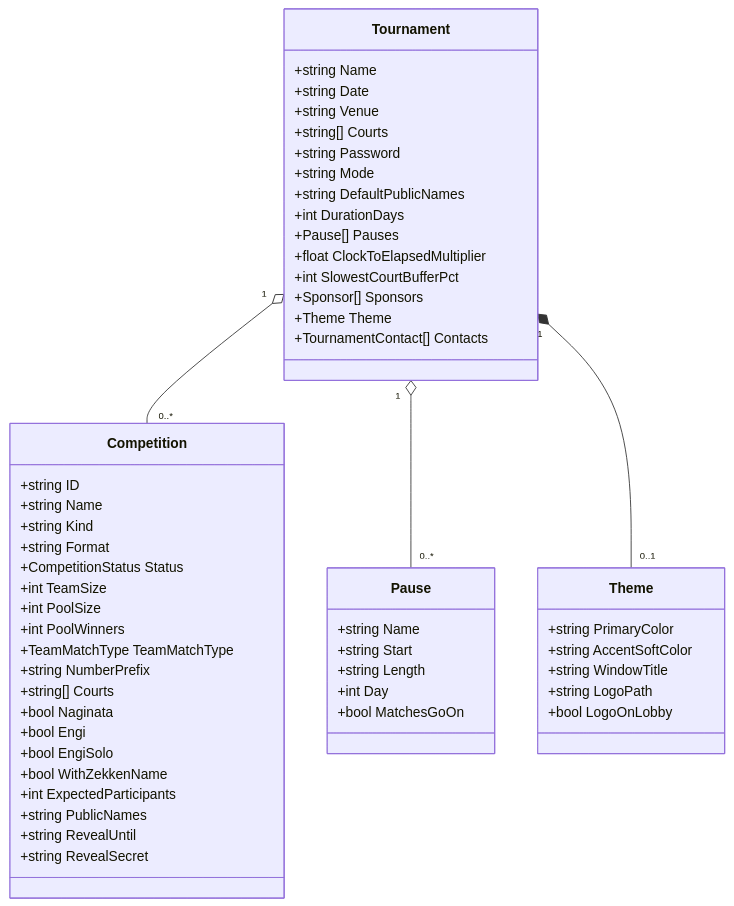
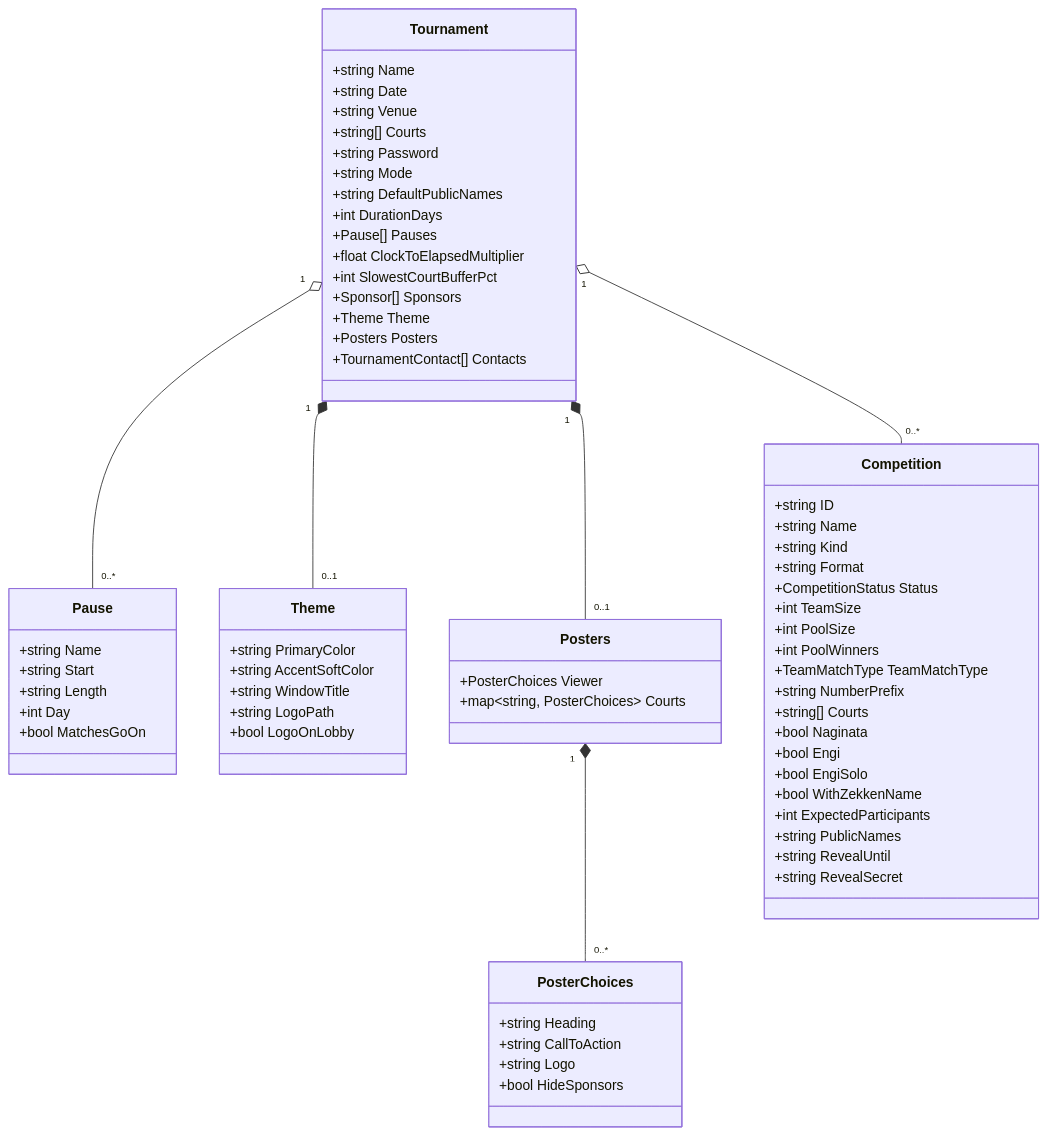
The first of 8 diagrams in docs/architecture/data-model.md (gitrgoliveira/bracket-creator), drawn with Mermaid before and after one commit. The commit also changed other lines of this file and 14 other files, not shown here.

````diff
--- a/docs/architecture/data-model.md
+++ b/docs/architecture/data-model.md
@@ -43,63 +43,78 @@
 ```mermaid
 classDiagram
     direction TB
 
     class Tournament {
         +string Name
         +string Date
         +string Venue
         +string[] Courts
         +string Password
         +string Mode
         +string DefaultPublicNames
         +int DurationDays
         +Pause[] Pauses
         +float ClockToElapsedMultiplier
         +int SlowestCourtBufferPct
         +Sponsor[] Sponsors
         +Theme Theme
+        +Posters Posters
         +TournamentContact[] Contacts
     }
 
     class Pause {
         +string Name
         +string Start
         +string Length
         +int Day
         +bool MatchesGoOn
     }
 
     class Theme {
         +string PrimaryColor
         +string AccentSoftColor
         +string WindowTitle
         +string LogoPath
         +bool LogoOnLobby
+    }
+
+    class Posters {
+        +PosterChoices Viewer
+        +map~string, PosterChoices~ Courts
+    }
+
+    class PosterChoices {
+        +string Heading
+        +string CallToAction
+        +string Logo
+        +bool HideSponsors
     }
 
     class Competition {
         +string ID
         +string Name
         +string Kind
         +string Format
         +CompetitionStatus Status
         +int TeamSize
         +int PoolSize
         +int PoolWinners
         +TeamMatchType TeamMatchType
         +string NumberPrefix
         +string[] Courts
         +bool Naginata
         +bool Engi
         +bool EngiSolo
         +bool WithZekkenName
         +int ExpectedParticipants
         +string PublicNames
         +string RevealUntil
         +string RevealSecret
     }
 
     Tournament "1" o-- "0..*" Competition
     Tournament "1" o-- "0..*" Pause
     Tournament "1" *-- "0..1" Theme
+    Tournament "1" *-- "0..1" Posters
+    Posters "1" *-- "0..*" PosterChoices
 ```
````
